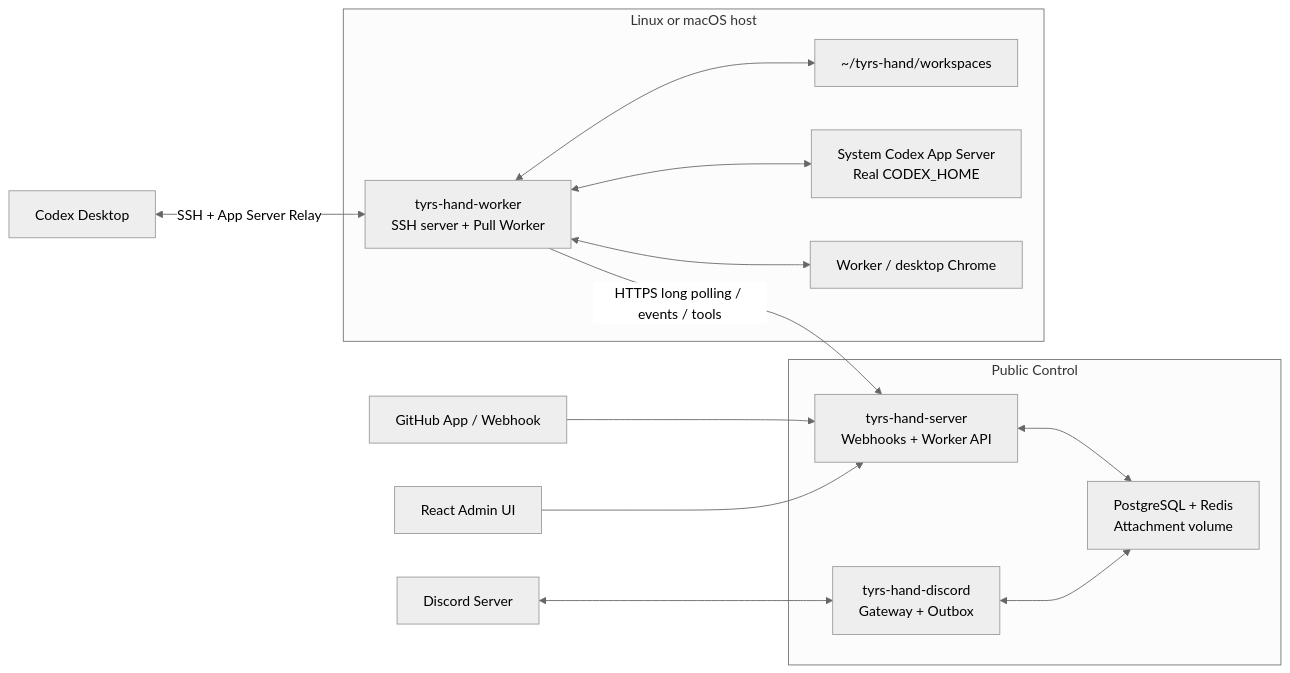
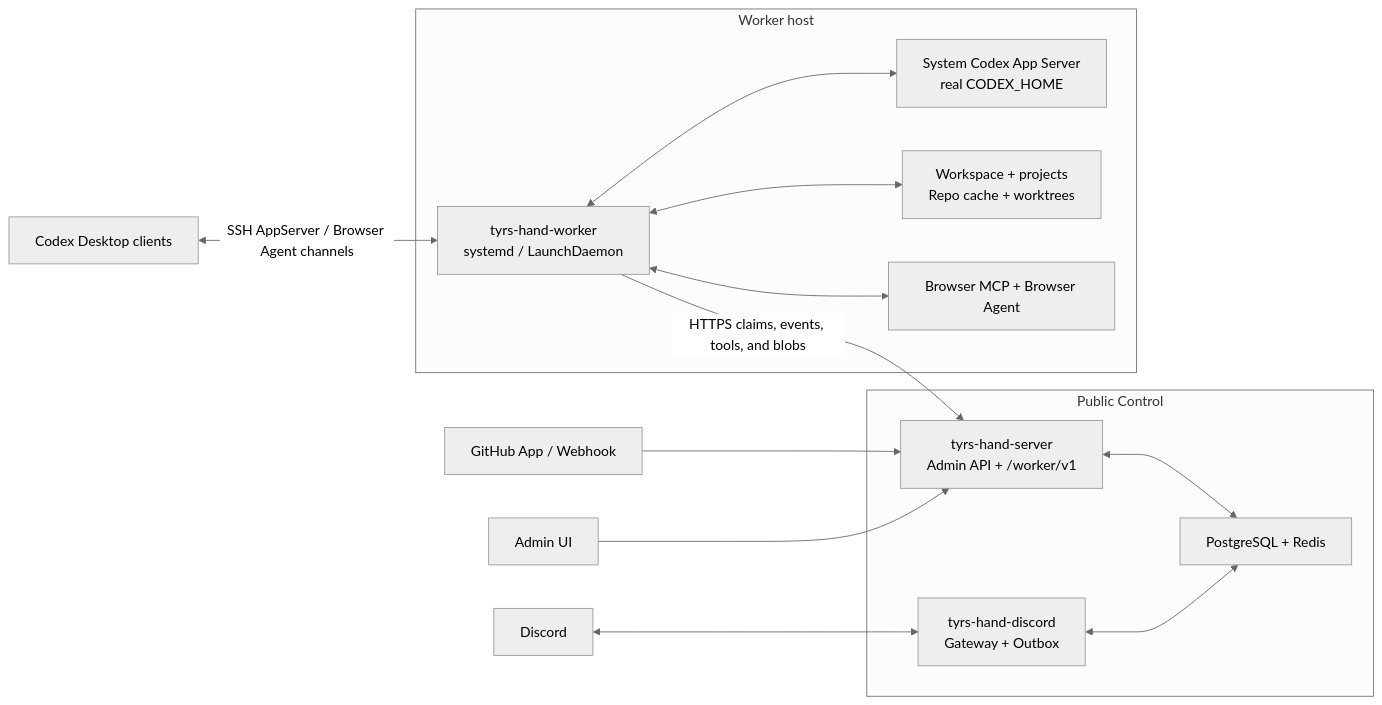
Before and after one commit to slovx2/tyrs-hand: the diagram in README.en.md, drawn with Mermaid (neutral theme). The commit also changed other lines of this file and 411 other files, not shown here.

Commit message:
refactor: adopt host worker architecture

````diff
--- a/README.en.md
+++ b/README.en.md
@@ -48,24 +19,24 @@
 ```mermaid
 flowchart LR
+    GitHub["GitHub App / Webhook"] --> Control
+    Admin["Admin UI"] --> Control
+    Discord["Discord"] <--> Gateway
     subgraph Public["Public Control"]
-        Server["tyrs-hand-server\nWebhooks + Worker API"]
+        Control["tyrs-hand-server\nAdmin API + /worker/v1"]
         Gateway["tyrs-hand-discord\nGateway + Outbox"]
-        State["PostgreSQL + Redis\nAttachment volume"]
-        Server <--> State
+        State["PostgreSQL + Redis"]
+        Control <--> State
         Gateway <--> State
     end
-    GitHub["GitHub App / Webhook"] --> Server
-    Admin["React Admin UI"] --> Server
-    Discord["Discord Server"] <--> Gateway
-    subgraph Home["Linux or macOS host"]
-        Worker["tyrs-hand-worker\nSSH server + Pull Worker"]
-        Workspace["~/tyrs-hand/workspaces"]
-        Codex["System Codex App Server\nReal CODEX_HOME"]
-        Browser["Worker / desktop Chrome"]
+    subgraph Host["Worker host"]
+        Worker["tyrs-hand-worker\nsystemd / LaunchDaemon"]
+        Codex["System Codex App Server\nreal CODEX_HOME"]
+        Workspace["Workspace + projects\nRepo cache + worktrees"]
+        Browser["Browser MCP + Browser Agent"]
+        Worker <--> Codex
         Worker <--> Workspace
-        Worker <--> Codex
         Worker <--> Browser
     end
-    Desktop["Codex Desktop"] <-->|"SSH + App Server Relay"| Worker
-    Worker -->|"HTTPS long polling / events / tools"| Server
+    Desktop["Codex Desktop clients"] <-->|"SSH AppServer / Browser Agent channels"| Worker
+    Worker -->|"HTTPS claims, events, tools, and blobs"| Control
 ```
````
